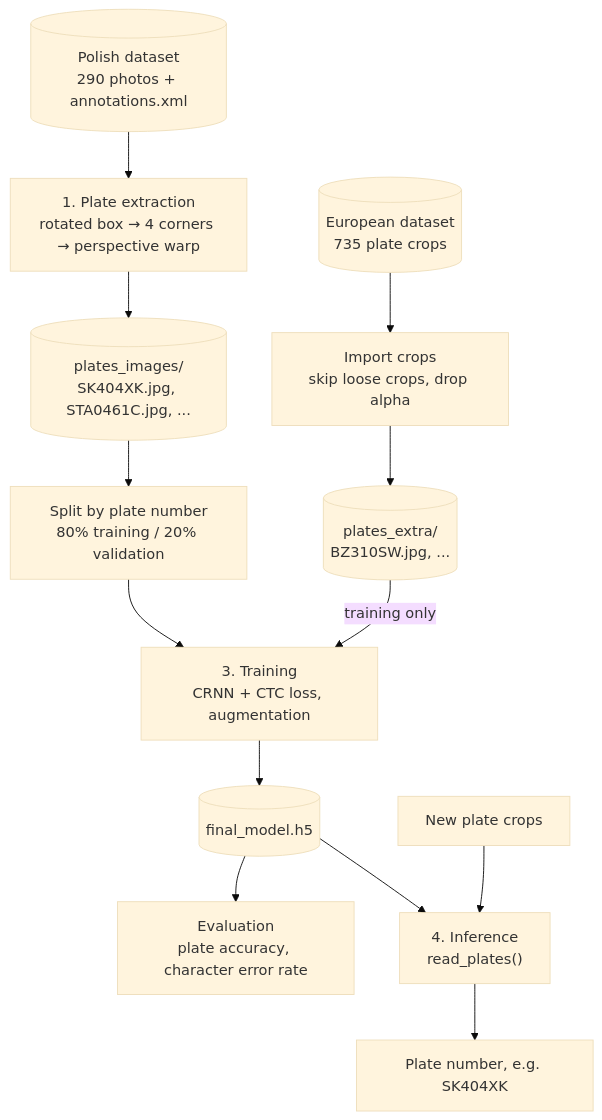
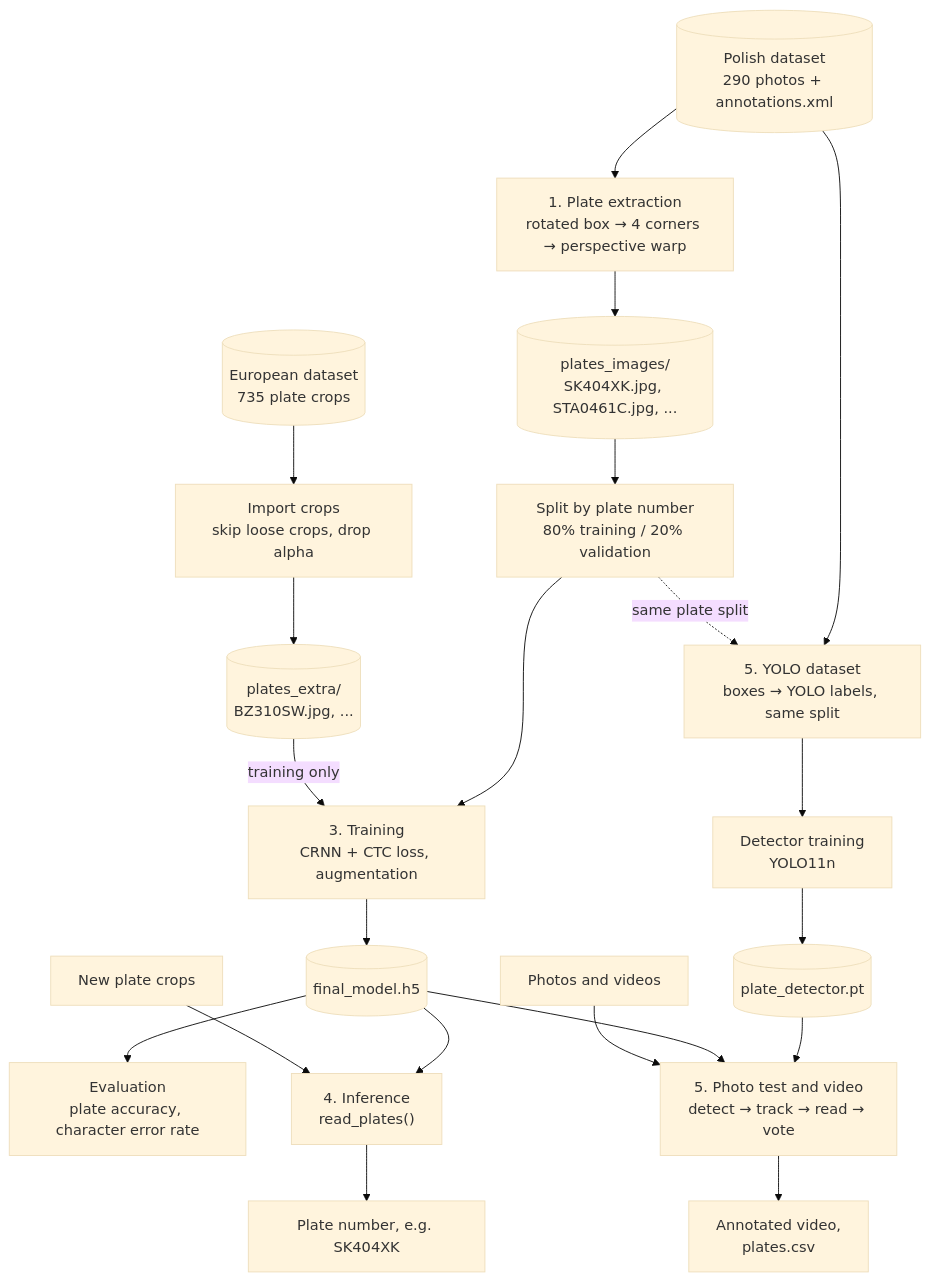
The first of 11 diagrams in README.md (RBorczuch/PlatesOCR), drawn with Mermaid (base theme) before and after one commit. The commit also changed other lines of this file and 4 other files, not shown here.

Commit message:
Add video demo GIF, gallery and results; document the included detector

````diff
--- a/README.md
+++ b/README.md
@@ -81,20 +106,30 @@
 ```mermaid
 flowchart TD
     K[("Polish dataset<br/>290 photos + annotations.xml")]
     EX["1. Plate extraction<br/>rotated box → 4 corners → perspective warp"]
     P[("plates_images/<br/>SK404XK.jpg, STA0461C.jpg, ...")]
     S["Split by plate number<br/>80% training / 20% validation"]
     EU[("European dataset<br/>735 plate crops")]
     IMP["Import crops<br/>skip loose crops, drop alpha"]
     X[("plates_extra/<br/>BZ310SW.jpg, ...")]
     TR["3. Training<br/>CRNN + CTC loss, augmentation"]
     M[("final_model.h5")]
     EV["Evaluation<br/>plate accuracy, character error rate"]
     INF["4. Inference<br/>read_plates()"]
 
+    YD["5. YOLO dataset<br/>boxes → YOLO labels, same split"]
+    YT["Detector training<br/>YOLO11n"]
+    D[("plate_detector.pt")]
+    APP["5. Photo test and video<br/>detect → track → read → vote"]
+
     K --> EX --> P --> S --> TR --> M
     EU --> IMP --> X -->|"training only"| TR
     M --> EV
     M --> INF
     NEW["New plate crops"] --> INF --> TXT["Plate number, e.g. SK404XK"]
+    K --> YD --> YT --> D
+    S -. "same plate split" .-> YD
+    D --> APP
+    M --> APP
+    VID["Photos and videos"] --> APP --> OUT["Annotated video,<br/>plates.csv"]
 ```
````
